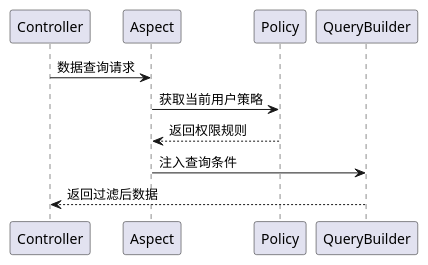
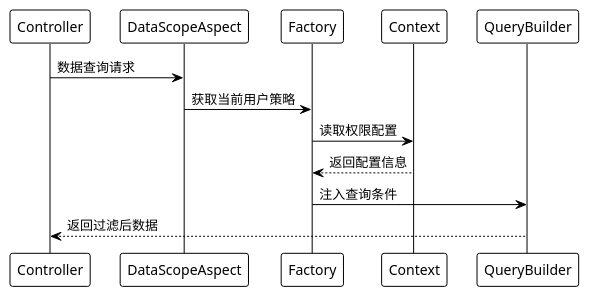
Before and after one commit to mineadmin/doc-v3: the third of 3 diagrams in docs/zh/backend/data-permission/overview.md, drawn with PlantUML. The commit also changed other lines of this file and 225 other files, not shown here.

````diff
--- a/docs/zh/backend/data-permission/overview.md
+++ b/docs/zh/backend/data-permission/overview.md
@@ -90,14 +307,18 @@
 ```plantuml
 @startuml
+!theme plain
+
 participant Controller
-participant Aspect
-participant Policy
+participant DataScopeAspect  
+participant Factory
+participant Context
 participant QueryBuilder
 
-Controller -> Aspect: 数据查询请求
-Aspect -> Policy: 获取当前用户策略
-Policy --> Aspect: 返回权限规则
-Aspect -> QueryBuilder: 注入查询条件
+Controller -> DataScopeAspect: 数据查询请求
+DataScopeAspect -> Factory: 获取当前用户策略
+Factory -> Context: 读取权限配置
+Context --> Factory: 返回配置信息
+Factory -> QueryBuilder: 注入查询条件
 QueryBuilder --> Controller: 返回过滤后数据
 @enduml
 ```
````
